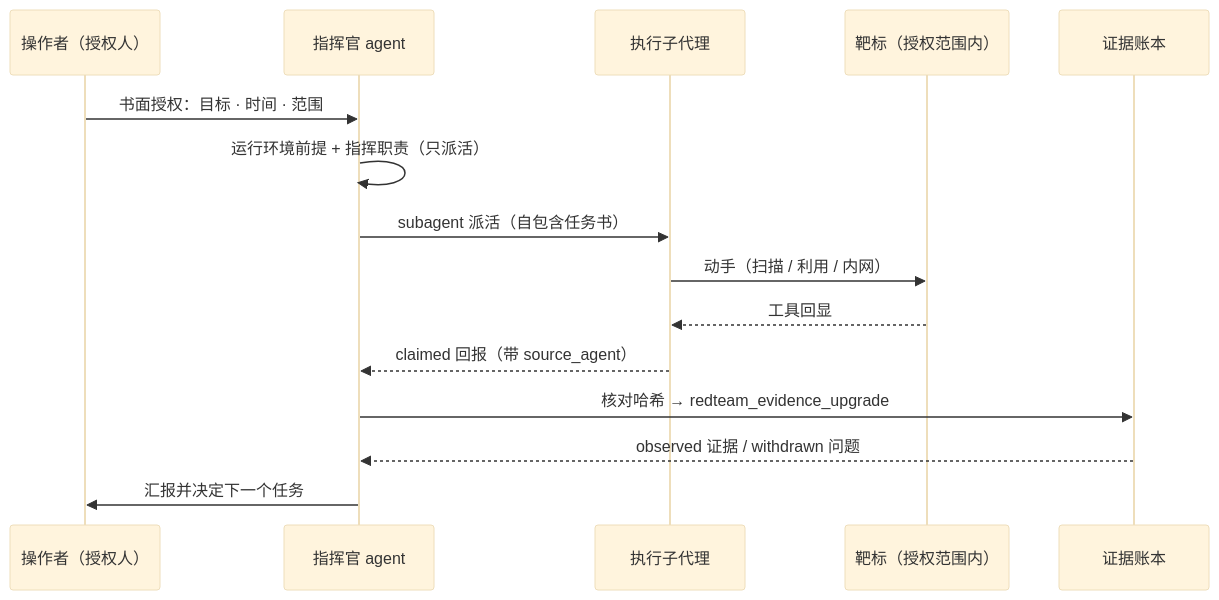
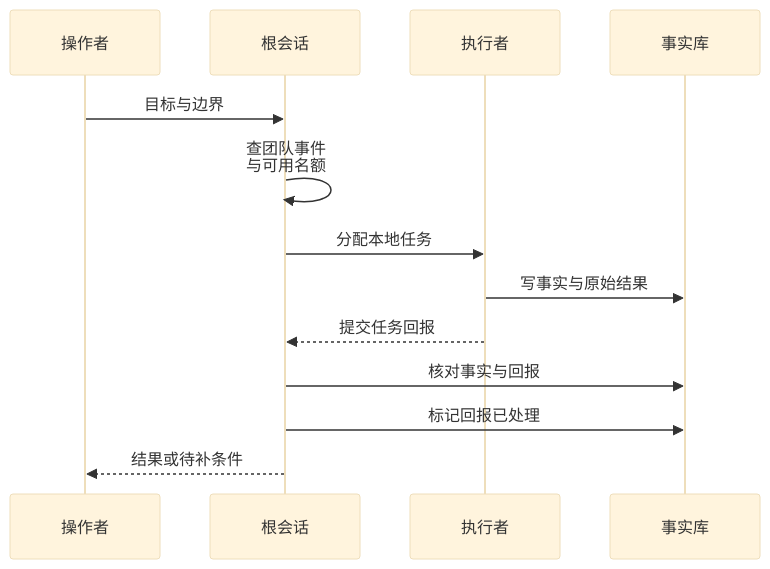
One commit to zhuguang-ZFG/dsh-purge-book changed the diagram in 05-红队指挥官.md. Above: the diagram before and after it, drawn with Mermaid (base theme). The commit also changed other lines of this file and 79 other files, not shown here.

````diff
--- a/05-红队指挥官.md
+++ b/05-红队指挥官.md
@@ -90,17 +56,15 @@
 ```mermaid
 sequenceDiagram
-    participant O as 操作者（授权人）
-    participant C as 指挥官 agent
-    participant S as 执行子代理
-    participant T as 靶标（授权范围内）
-    participant L as 证据账本
-    O->>C: 书面授权：目标 · 时间 · 范围
-    C->>C: 运行环境前提 + 指挥职责（只派活）
-    C->>S: subagent 派活（自包含任务书）
-    S->>T: 动手（扫描 / 利用 / 内网）
-    T-->>S: 工具回显
-    S-->>C: claimed 回报（带 source_agent）
-    C->>L: 核对哈希 → redteam_evidence_upgrade
-    L-->>C: observed 证据 / withdrawn 问题
-    C->>O: 汇报并决定下一个任务
+    participant U as 操作者
+    participant C as 根会话
+    participant S as 执行者
+    participant D as 事实库
+    U->>C: 目标与边界
+    C->>C: 查团队事件<br/>与可用名额
+    C->>S: 分配本地任务
+    S->>D: 写事实与原始结果
+    S-->>C: 提交任务回报
+    C->>D: 核对事实与回报
+    C->>D: 标记回报已处理
+    C-->>U: 结果或待补条件
 ```
````
